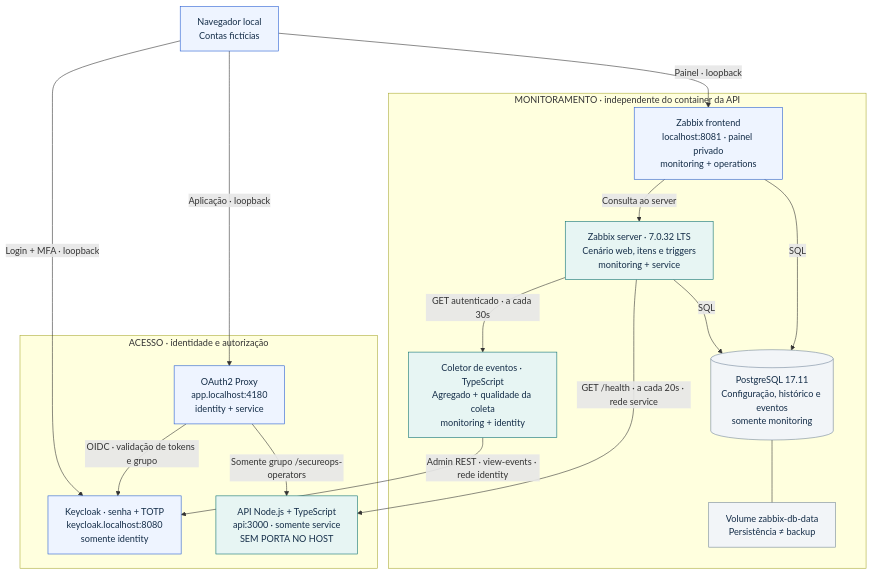
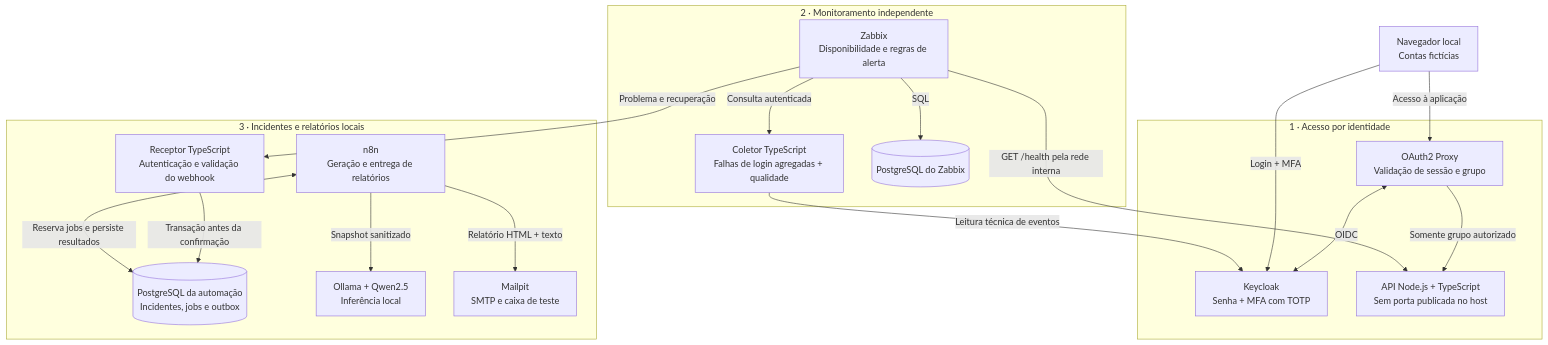
One commit to analiceleite/secure_ops_lab changed the diagram in README.md. Above: the diagram before and after it, drawn with Mermaid. The commit also changed other lines of this file and 43 other files, not shown here.

Commit message:
feat: integrar incidentes e relatorios com IA local e documentar demo

````diff
--- a/README.md
+++ b/README.md
@@ -46,38 +32,38 @@
 ```mermaid
 flowchart TB
-    browser["Navegador local<br/>Contas fictícias"]
+    user["Navegador local<br/>Contas fictícias"]
 
-    subgraph access["ACESSO · identidade e autorização"]
-        gateway["OAuth2 Proxy<br/>app.localhost:4180<br/>identity + service"]
-        identity["Keycloak · senha + TOTP<br/>keycloak.localhost:8080<br/>somente identity"]
-        api["API Node.js + TypeScript<br/>api:3000 · somente service<br/>SEM PORTA NO HOST"]
-        gateway -->|"OIDC · validação de tokens e grupo"| identity
-        gateway -->|"Somente grupo /secureops-operators"| api
+    subgraph access["1 · Acesso por identidade"]
+        gateway["OAuth2 Proxy<br/>Validação de sessão e grupo"]
+        keycloak["Keycloak<br/>Senha + MFA com TOTP"]
+        api["API Node.js + TypeScript<br/>Sem porta publicada no host"]
+        gateway <-->|OIDC| keycloak
+        gateway -->|Somente grupo autorizado| api
     end
 
-    subgraph monitoring["MONITORAMENTO · independente do container da API"]
-        web["Zabbix frontend<br/>localhost:8081 · painel privado<br/>monitoring + operations"]
-        server["Zabbix server · 7.0.32 LTS<br/>Cenário web, itens e triggers<br/>monitoring + service"]
-        collector["Coletor de eventos · TypeScript<br/>Agregado + qualidade da coleta<br/>monitoring + identity"]
-        db[("PostgreSQL 17.11<br/>Configuração, histórico e eventos<br/>somente monitoring")]
-        volume["Volume zabbix-db-data<br/>Persistência ≠ backup"]
-        web -->|"Consulta ao server"| server
-        web -->|SQL| db
-        server -->|SQL| db
-        db --- volume
-        server -->|"GET autenticado · a cada 30s"| collector
+    subgraph monitoring["2 · Monitoramento independente"]
+        zabbix["Zabbix<br/>Disponibilidade e regras de alerta"]
+        collector["Coletor TypeScript<br/>Falhas de login agregadas + qualidade"]
+        monitorDb[("PostgreSQL do Zabbix")]
+        zabbix -->|SQL| monitorDb
+        zabbix -->|Consulta autenticada| collector
     end
 
-    browser -->|"Aplicação · loopback"| gateway
-    browser -->|"Login + MFA · loopback"| identity
-    browser -->|"Painel · loopback"| web
-    server -->|"GET /health · a cada 20s · rede service"| api
-    collector -->|"Admin REST · view-events · rede identity"| identity
+    subgraph automation["3 · Incidentes e relatórios locais"]
+        receiver["Receptor TypeScript<br/>Autenticação e validação do webhook"]
+        incidentDb[("PostgreSQL da automação<br/>Incidentes, jobs e outbox")]
+        n8n["n8n<br/>Geração e entrega de relatórios"]
+        ollama["Ollama + Qwen2.5<br/>Inferência local"]
+        mailpit["Mailpit<br/>SMTP e caixa de teste"]
+        receiver -->|Transação antes da confirmação| incidentDb
+        n8n <-->|Reserva jobs e persiste resultados| incidentDb
+        n8n -->|Snapshot sanitizado| ollama
+        n8n -->|Relatório HTML + texto| mailpit
+    end
 
-    classDef entry fill:#eef4ff,stroke:#235bd1,color:#142d48
-    classDef internal fill:#e7f5f3,stroke:#096f70,color:#142d48
-    classDef storage fill:#f2f5f8,stroke:#72869a,color:#142d48
-    class browser,gateway,identity,web entry
-    class api,server,collector internal
-    class db,volume storage
+    user -->|Acesso à aplicação| gateway
+    user -->|Login + MFA| keycloak
+    zabbix -->|GET /health pela rede interna| api
+    collector -->|Leitura técnica de eventos| keycloak
+    zabbix -->|Problema e recuperação| receiver
 ```
````
